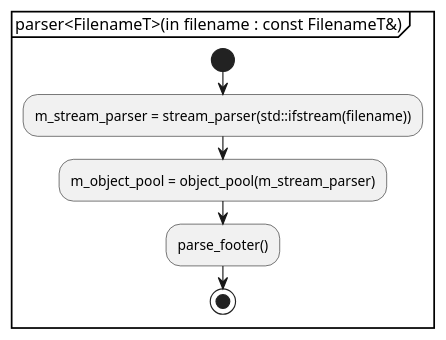
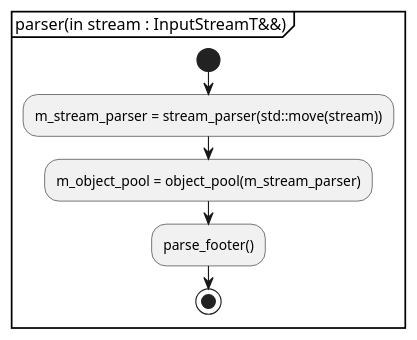
One commit to KodaiYM/PDFReader changed the first of 2 diagrams in document/parser.activity.pu. Above: the diagram before and after it, drawn with PlantUML. The commit also changed 7 other files, not shown here.

```diff
--- a/document/parser.activity.pu
+++ b/document/parser.activity.pu
@@ -1,9 +1,9 @@
 @startuml parser
-partition "parser<FilenameT>(in filename : const FilenameT&)" {
+partition "parser(in stream : InputStreamT&&)" {
 start
-	:m_stream_parser = stream_parser(std::ifstream(filename));
+	:m_stream_parser = stream_parser(std::move(stream));
 	:m_object_pool = object_pool(m_stream_parser);
 	:parse_footer();
 stop
 }
 @enduml
```
